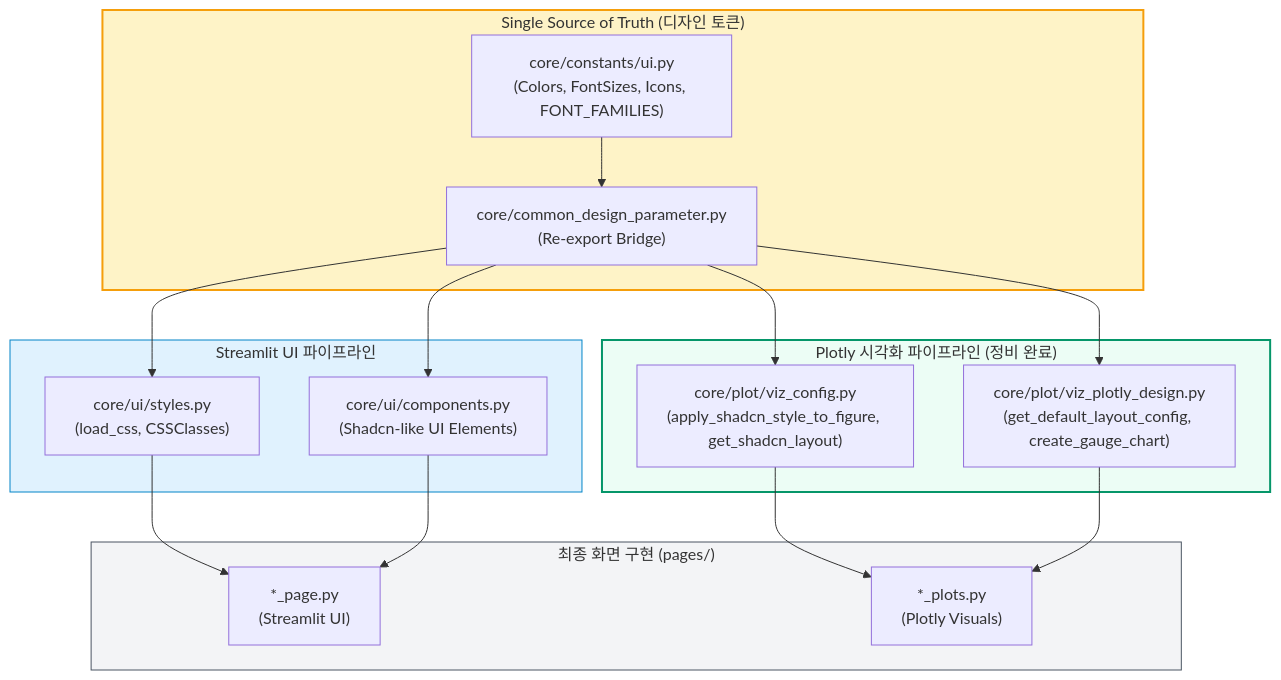
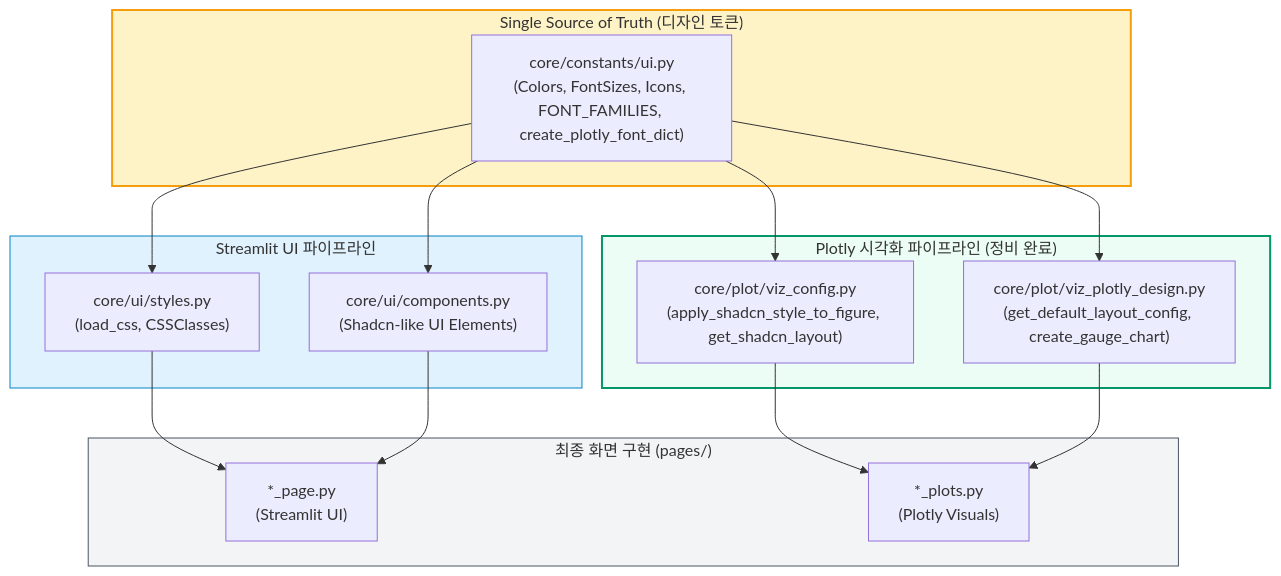
Before and after one commit to jumasi-34/intelligence: the diagram in docs/DESIGN_SYSTEM_GUIDE.md, drawn with Mermaid. The commit also changed other lines of this file and 1 other file, not shown here.

Commit message:
[REFACTOR] 레거시 브릿지 코드 제거에 따른 디자인 가이드 및 코어 사양서 문서 업데이트

````diff
--- a/docs/DESIGN_SYSTEM_GUIDE.md
+++ b/docs/DESIGN_SYSTEM_GUIDE.md
@@ -13,36 +13,34 @@
 ```mermaid
 flowchart TD
     subgraph DesignTokens ["Single Source of Truth (디자인 토큰)"]
-        UI_CONST["core/constants/ui.py<br>(Colors, FontSizes, Icons, FONT_FAMILIES)"]
-        BRIDGE["core/common_design_parameter.py<br>(Re-export Bridge)"]
-        UI_CONST --> BRIDGE
+        UI_CONST["core/constants/ui.py<br>(Colors, FontSizes, Icons, FONT_FAMILIES, create_plotly_font_dict)"]
     end
 
     subgraph UI_Pipeline ["Streamlit UI 파이프라인"]
         STYLES["core/ui/styles.py<br>(load_css, CSSClasses)"]
         COMPONENTS["core/ui/components.py<br>(Shadcn-like UI Elements)"]
-        BRIDGE --> STYLES
-        BRIDGE --> COMPONENTS
+        UI_CONST --> STYLES
+        UI_CONST --> COMPONENTS
     end
 
     subgraph Chart_Pipeline ["Plotly 시각화 파이프라인 (정비 완료)"]
         VIZ_CONFIG["core/plot/viz_config.py<br>(apply_shadcn_style_to_figure, get_shadcn_layout)"]
         VIZ_DESIGN["core/plot/viz_plotly_design.py<br>(get_default_layout_config, create_gauge_chart)"]
-        BRIDGE --> VIZ_CONFIG
-        BRIDGE --> VIZ_DESIGN
+        UI_CONST --> VIZ_CONFIG
+        UI_CONST --> VIZ_DESIGN
     end
 
     subgraph Pages ["최종 화면 구현 (pages/)"]
         PAGE_FILE["*_page.py<br>(Streamlit UI)"]
         PLOT_FILE["*_plots.py<br>(Plotly Visuals)"]
         STYLES --> PAGE_FILE
         COMPONENTS --> PAGE_FILE
         VIZ_CONFIG --> PLOT_FILE
         VIZ_DESIGN --> PLOT_FILE
     end
 
     style DesignTokens fill:#fef3c7,stroke:#f59e0b,stroke-width:2px
     style UI_Pipeline fill:#e0f2fe,stroke:#0284c7,stroke-width:1px
     style Chart_Pipeline fill:#ecfdf5,stroke:#059669,stroke-width:2px
     style Pages fill:#f3f4f6,stroke:#4b5563,stroke-width:1px
 ```
````
